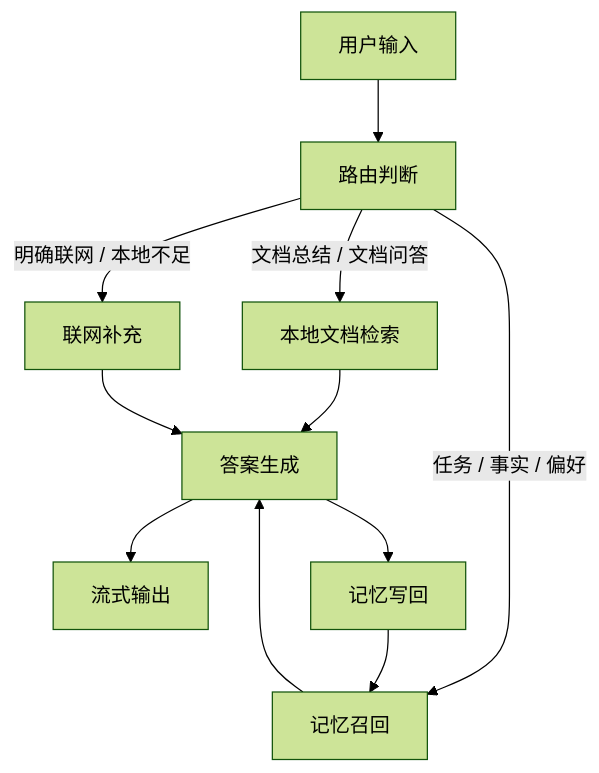
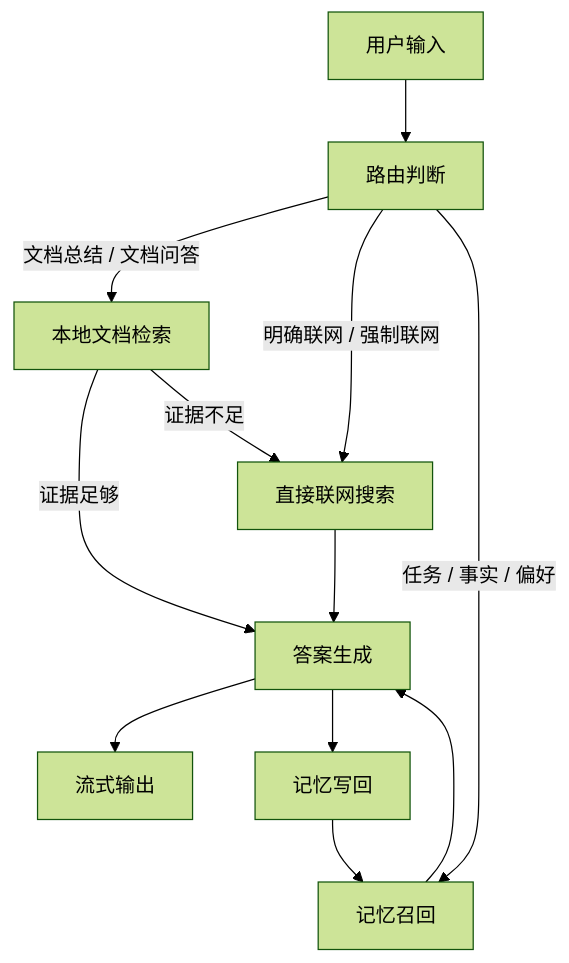
Before and after one commit to Zoean-z/askRAG: the diagram in README.md, drawn with Mermaid (forest theme). The commit also changed 4 other files, not shown here.

Commit message:
Add README preview images and fix architecture diagram

````diff
--- a/README.md
+++ b/README.md
@@ -21,16 +21,17 @@
 ```mermaid
 flowchart TB
     U[用户输入] --> G[路由判断]
     G -->|文档总结 / 文档问答| D[本地文档检索]
+    G -->|明确联网 / 强制联网| W[直接联网搜索]
     G -->|任务 / 事实 / 偏好| M[记忆召回]
-    G -->|明确联网 / 本地不足| W[联网补充]
 
-    D --> A[答案生成]
+    D -->|证据足够| A[答案生成]
+    D -->|证据不足| W
     M --> A
     W --> A
 
     A --> S[流式输出]
     A --> R[记忆写回]
 
     R --> M
 ```
````
